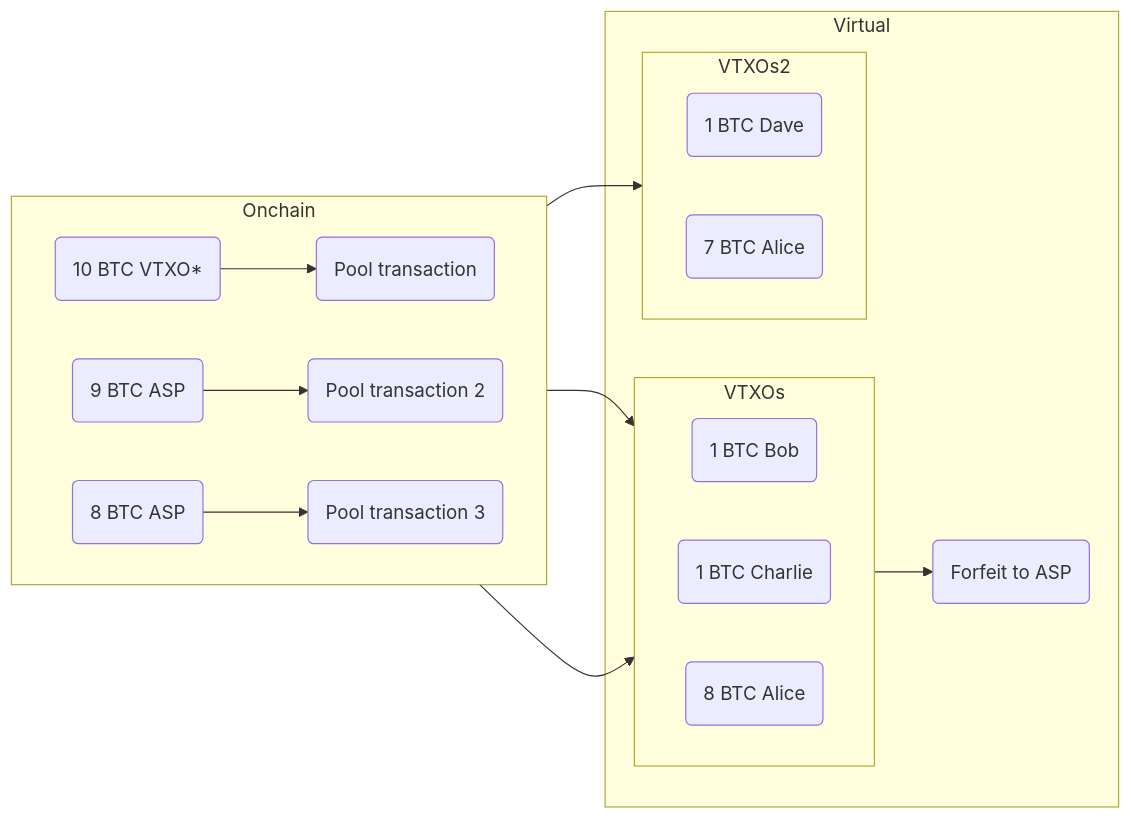
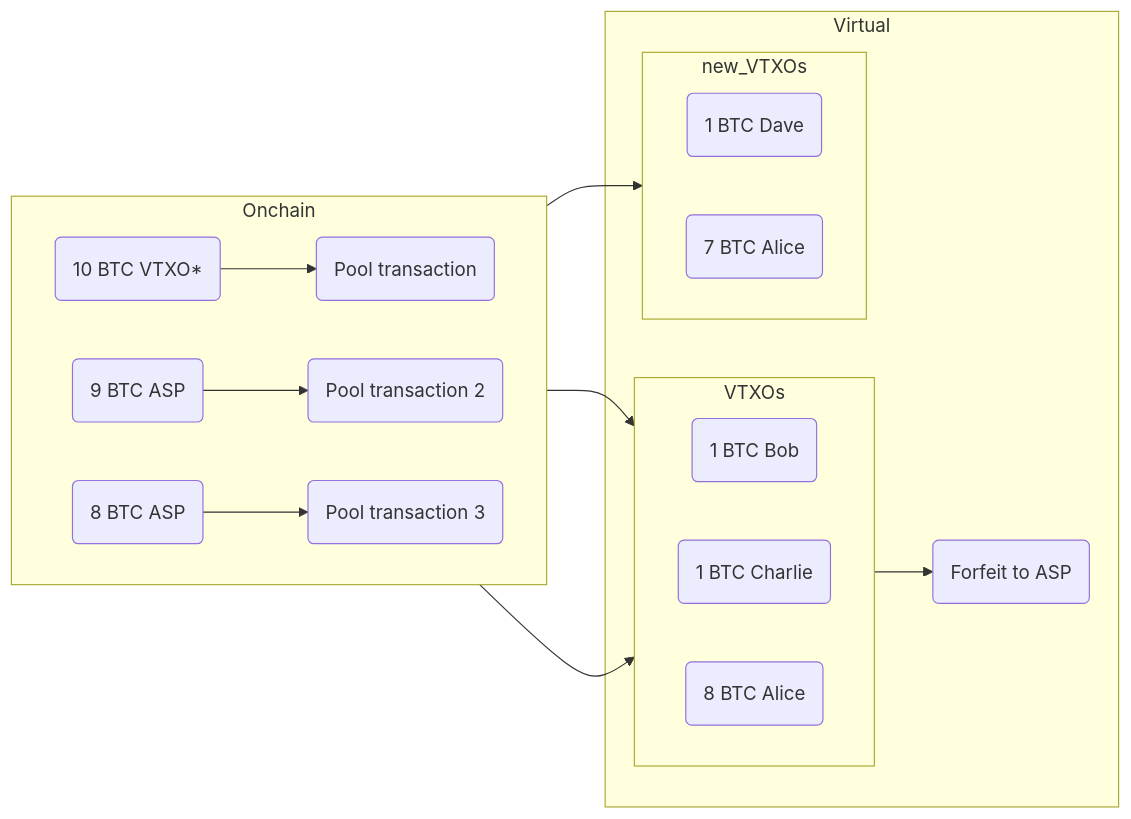
The fourth of 4 diagrams in website/blog/2023-12-14-liquidity-requirements/index.md (ark-network/ark), drawn with Mermaid before and after one commit. The commit also changed other lines of this file, not shown here.

````diff
--- a/website/blog/2023-12-14-liquidity-requirements/index.md
+++ b/website/blog/2023-12-14-liquidity-requirements/index.md
@@ -99,33 +103,33 @@
 ```mermaid
 flowchart LR
   subgraph Onchain
     direction LR
     vtxo(10 BTC VTXO*)
     pool(Pool transaction)
     vtxo --> pool
     ASP(9 BTC ASP)
     pool2(Pool transaction 2)
     ASP --> pool2
     ASP2(8 BTC ASP)
     pool3(Pool transaction 3)
     ASP2 --> pool3
   end
   subgraph Virtual
     subgraph VTXOs
       direction LR
       bob(1 BTC Bob)
       charlie(1 BTC Charlie)
       change2(8 BTC Alice)
     end
-    subgraph VTXOs2
+    subgraph new_VTXOs
       direction LR
       dave(1 BTC Dave)
       change3(7 BTC Alice)
     end
     forfeit(Forfeit to ASP)
     change2 --> forfeit
   end
   pool --> VTXOs
   pool2 --> VTXOs
-  pool3 --> VTXOs2
+  pool3 --> new_VTXOs
 ```
````
